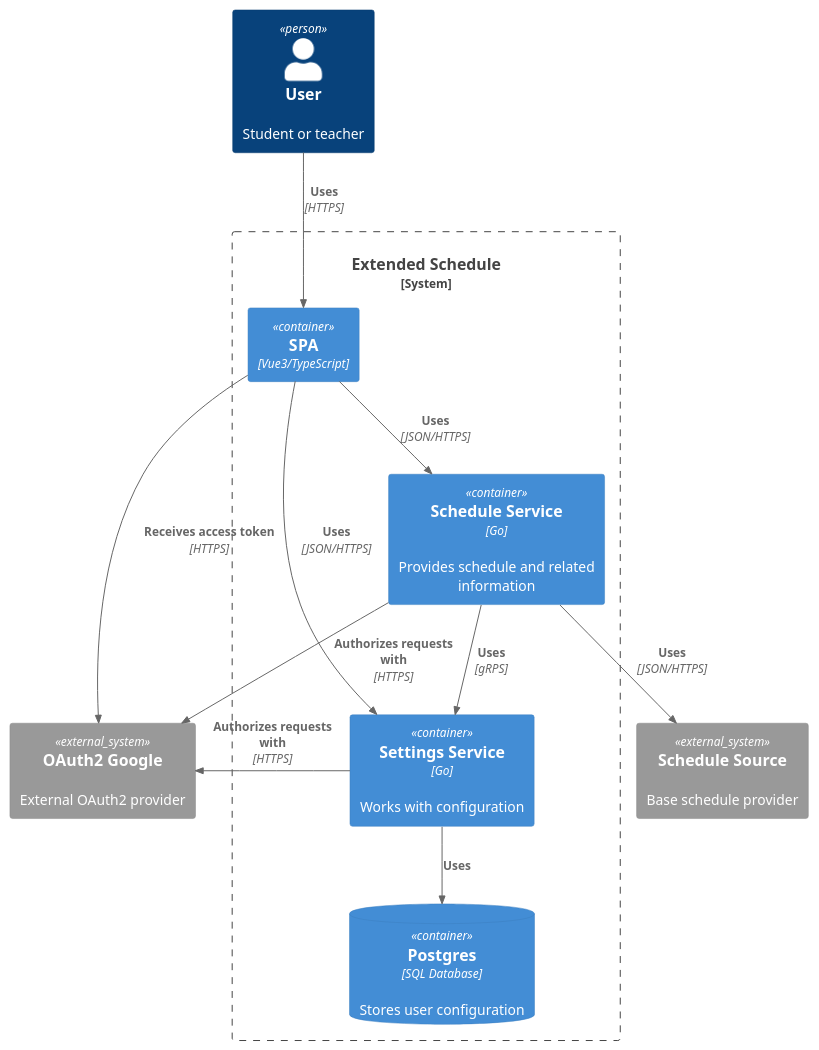
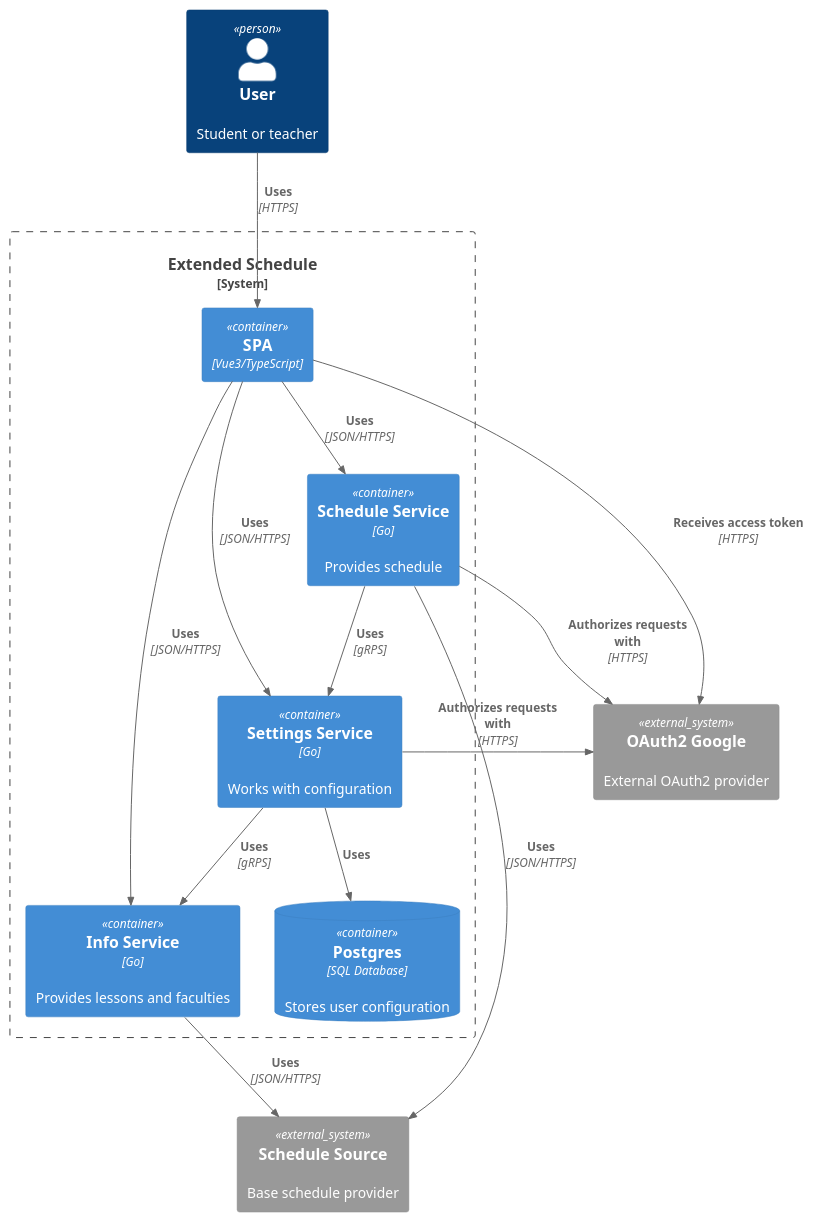
One commit to tellmeac/ExtendedSchedule changed the diagram in docs/containers.puml. Above: the diagram before and after it, drawn with PlantUML. The commit also changed 2 other files, not shown here.

Commit message:
refactor: new service for additional information

```diff
--- a/docs/containers.puml
+++ b/docs/containers.puml
@@ -1,34 +1,38 @@
 @startuml Containers
 
 !includeurl https://raw.githubusercontent.com/RicardoNiepel/C4-PlantUML/master/C4_Component.puml
 
 Person(user, User, "Student or teacher")
 
 System_Boundary(api, "Extended Schedule") {
     Container(spa, "SPA", "Vue3/TypeScript")
 
     Container(UserConfigService, "Settings Service", "Go", "Works with configuration")
-    Container(ScheduleService, "Schedule Service", "Go", "Provides schedule and related information")
+    Container(ScheduleService, "Schedule Service", "Go", "Provides schedule")
+    Container(Info, "Info Service", "Go", "Provides lessons and faculties")
 
     ContainerDb(db, "Postgres", "SQL Database", "Stores user configuration")
 
     Rel(ScheduleService, UserConfigService, "Uses", "gRPS")
+    Rel(UserConfigService, Info, "Uses", "gRPS")
 
     Rel(spa, UserConfigService, "Uses", "JSON/HTTPS")
     Rel(spa, ScheduleService, "Uses", "JSON/HTTPS")
+    Rel(spa, Info, "Uses", "JSON/HTTPS")
 
     Rel(UserConfigService, db, "Uses")
 }
 
 System_Ext(oauth, "OAuth2 Google", "External OAuth2 provider")
 System_Ext(scheduleProvider, "Schedule Source", "Base schedule provider")
 
 Rel(user, spa, "Uses", "HTTPS")
 
 Rel_R(UserConfigService, oauth, "Authorizes requests with", "HTTPS")
 Rel_R(ScheduleService, oauth, "Authorizes requests with", "HTTPS")
 Rel_R(spa, oauth, "Receives access token", "HTTPS")
 
 Rel(ScheduleService, scheduleProvider, "Uses", "JSON/HTTPS")
+Rel(Info, scheduleProvider, "Uses", "JSON/HTTPS")
 
 @enduml
```
